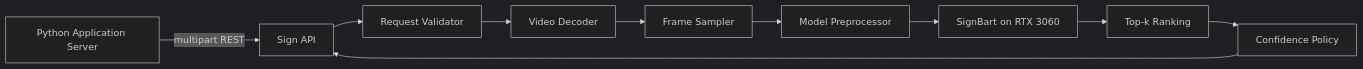
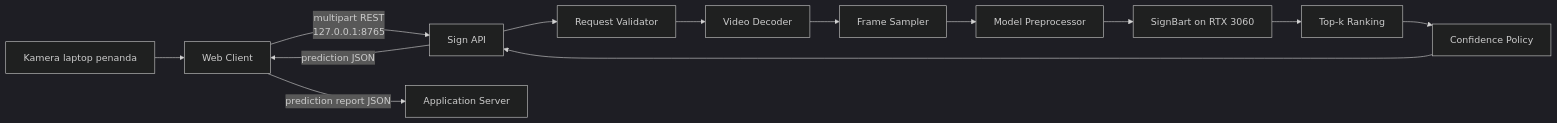
One commit to Matthew12-t/signlang-ai-trial changed the diagram in isyara-sign-language-service-design-spec.md. Above: the diagram before and after it, drawn with Mermaid (dark theme). The commit also changed other lines of this file and 5 other files, not shown here.

````diff
--- a/isyara-sign-language-service-design-spec.md
+++ b/isyara-sign-language-service-design-spec.md
@@ -66,12 +67,15 @@
 ```mermaid
 flowchart LR
-    APP[Python Application Server] -->|multipart REST| API[Sign API]
+    CAMERA[Kamera laptop penanda] --> WEB[Web Client]
+    WEB -->|multipart REST\n127.0.0.1:8765| API[Sign API]
     API --> VALIDATE[Request Validator]
     VALIDATE --> DECODE[Video Decoder]
     DECODE --> SAMPLE[Frame Sampler]
     SAMPLE --> PRE[Model Preprocessor]
     PRE --> MODEL[SignBart on RTX 3060]
     MODEL --> RANK[Top-k Ranking]
     RANK --> POLICY[Confidence Policy]
     POLICY --> API
+    API -->|prediction JSON| WEB
+    WEB -->|prediction report JSON| APP[Application Server]
 ```
````
